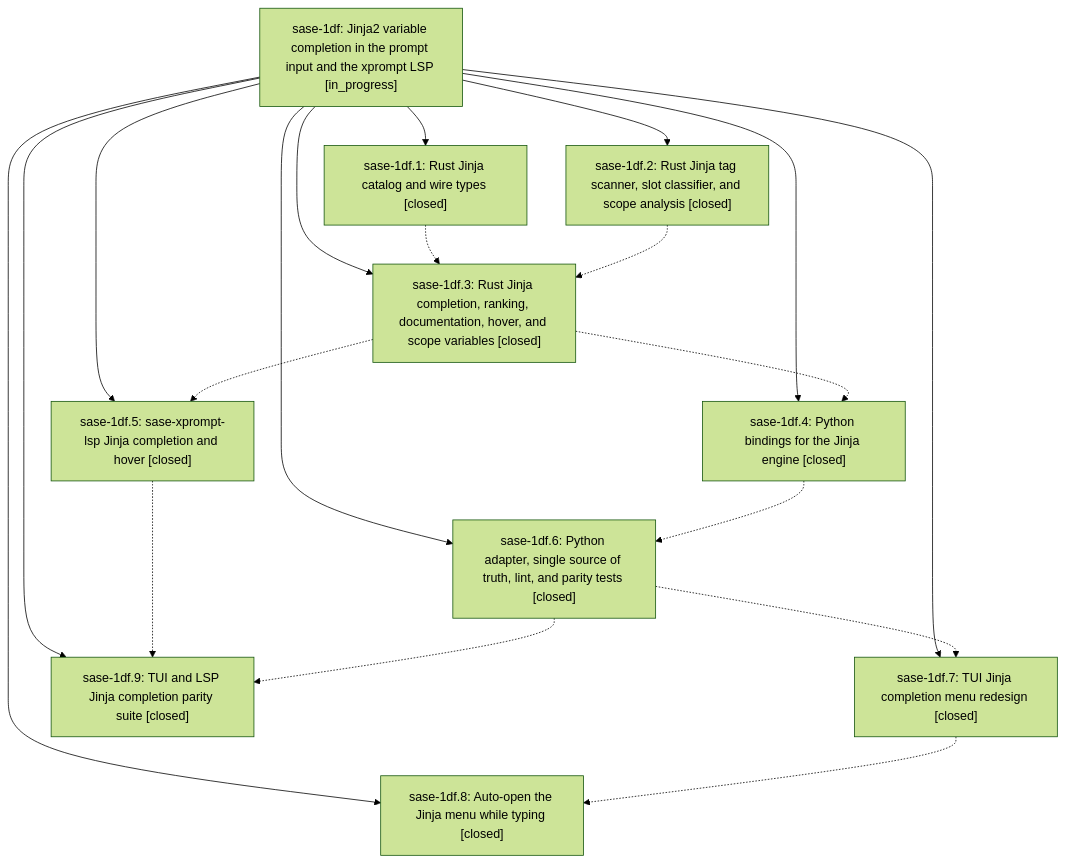
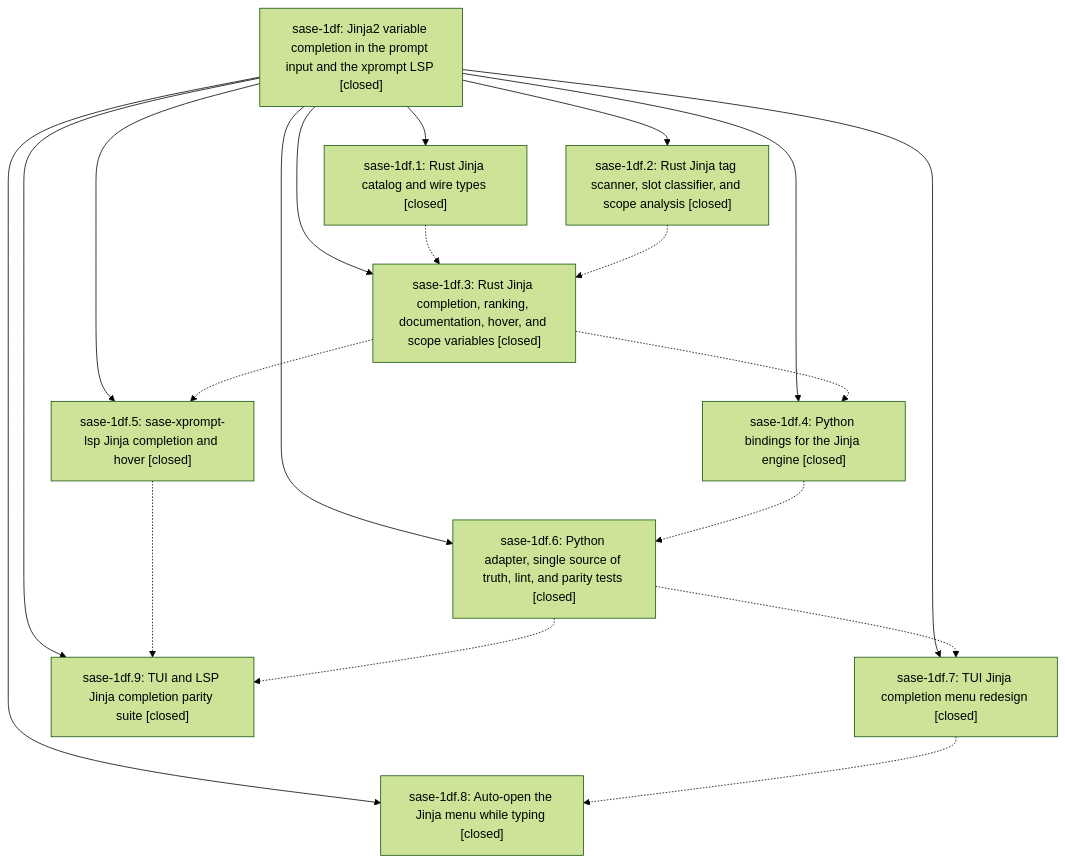
The diagram in pages/sase-1df/README.md (sase-org/sase--beads), drawn with Mermaid (forest theme) before and after one commit. The commit also changed other lines of this file, not shown here.

First line of the commit message:
chore(beads): sync bead state and pages for sase-1df

````diff
--- a/pages/sase-1df/README.md
+++ b/pages/sase-1df/README.md
@@ -42,31 +50,31 @@
 ```mermaid
 flowchart TD
-    n0["sase-1df: Jinja2 variable completion in the prompt input and the xprompt LSP [in_progress]"]
+    n0["sase-1df: Jinja2 variable completion in the prompt input and the xprompt LSP [closed]"]
     n1["sase-1df.1: Rust Jinja catalog and wire types [closed]"]
     n2["sase-1df.2: Rust Jinja tag scanner, slot classifier, and scope analysis [closed]"]
     n3["sase-1df.3: Rust Jinja completion, ranking, documentation, hover, and scope variables [closed]"]
     n4["sase-1df.4: Python bindings for the Jinja engine [closed]"]
     n5["sase-1df.5: sase-xprompt-lsp Jinja completion and hover [closed]"]
     n6["sase-1df.6: Python adapter, single source of truth, lint, and parity tests [closed]"]
     n7["sase-1df.7: TUI Jinja completion menu redesign [closed]"]
     n8["sase-1df.8: Auto-open the Jinja menu while typing [closed]"]
     n9["sase-1df.9: TUI and LSP Jinja completion parity suite [closed]"]
     n0 --> n1
     n0 --> n2
     n0 --> n3
     n0 --> n4
     n0 --> n5
     n0 --> n6
     n0 --> n7
     n0 --> n8
     n0 --> n9
     n1 -.-> n3
     n2 -.-> n3
     n3 -.-> n4
     n3 -.-> n5
     n4 -.-> n6
     n5 -.-> n9
     n6 -.-> n7
     n6 -.-> n9
     n7 -.-> n8
 ```
````
